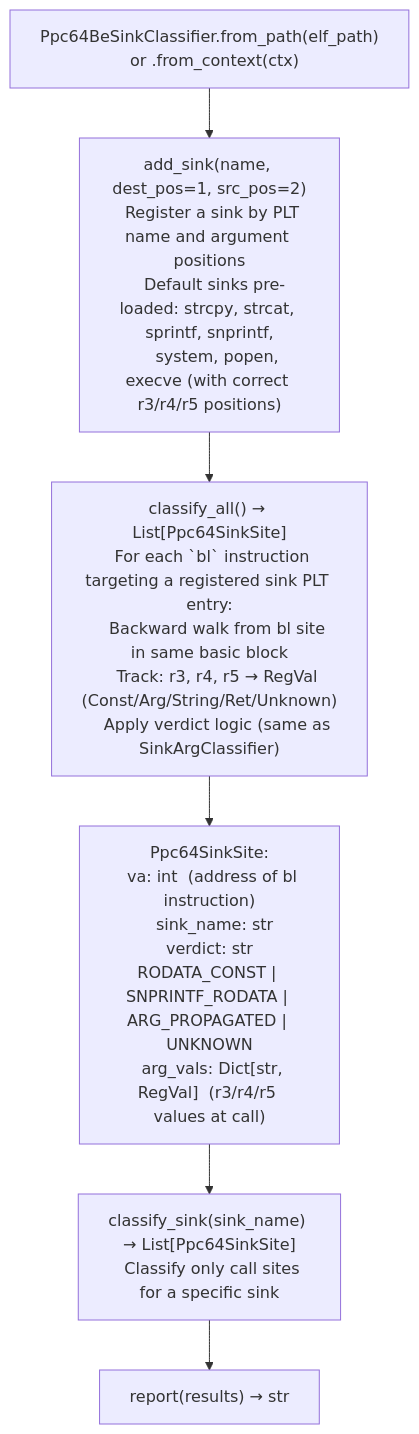
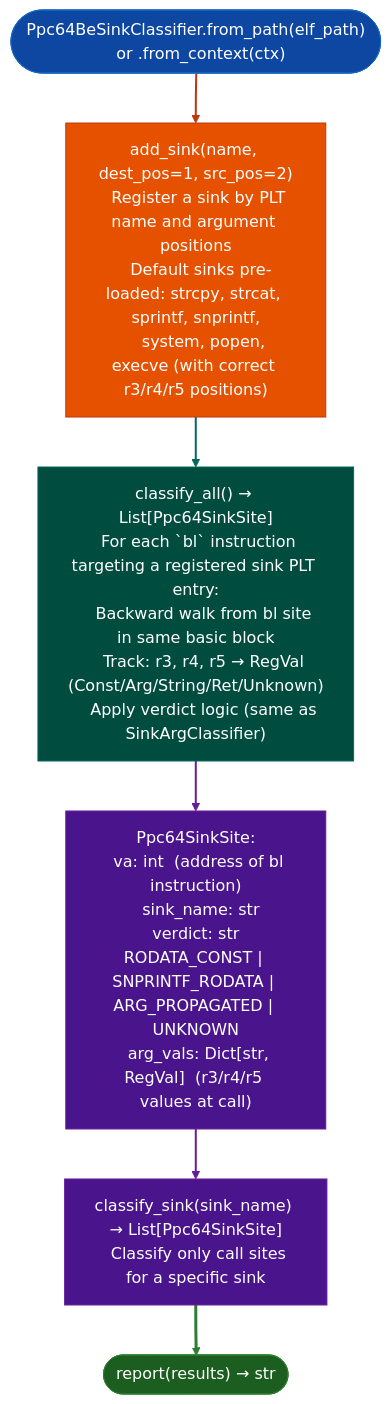
The diagram in docs/reference-modules/ppc64-be-sink-classification.md (Ablation-Tool/ablation), drawn with Mermaid before and after one commit. The commit also changed 320 other files, not shown here.

First line of the commit message:
docs: apply canonical Mermaid template to all 321 diagrams

````diff
--- a/docs/reference-modules/ppc64-be-sink-classification.md
+++ b/docs/reference-modules/ppc64-be-sink-classification.md
@@ -19,8 +19,19 @@
 ```mermaid
 flowchart TD
-    A["Ppc64BeSinkClassifier.from_path(elf_path)\n  or .from_context(ctx)"] --> B["add_sink(name, dest_pos=1, src_pos=2)\n  Register a sink by PLT name and argument positions\n  Default sinks pre-loaded: strcpy, strcat, sprintf, snprintf,\n    system, popen, execve (with correct r3/r4/r5 positions)"]
-    B --> C["classify_all() → List[Ppc64SinkSite]\n  For each `bl` instruction targeting a registered sink PLT entry:\n    Backward walk from bl site in same basic block\n    Track: r3, r4, r5 → RegVal (Const/Arg/String/Ret/Unknown)\n    Apply verdict logic (same as SinkArgClassifier)"]
-    C --> D["Ppc64SinkSite:\n  va: int  (address of bl instruction)\n  sink_name: str\n  verdict: str  RODATA_CONST | SNPRINTF_RODATA | ARG_PROPAGATED | UNKNOWN\n  arg_vals: Dict[str, RegVal]  (r3/r4/r5 values at call)"]
-    D --> E["classify_sink(sink_name) → List[Ppc64SinkSite]\n  Classify only call sites for a specific sink"]
-    E --> F["report(results) → str"]
+    A(["Ppc64BeSinkClassifier.from_path(elf_path)\n  or .from_context(ctx)"]):::input --> B["add_sink(name, dest_pos=1, src_pos=2)\n  Register a sink by PLT name and argument positions\n  Default sinks pre-loaded: strcpy, strcat, sprintf, snprintf,\n    system, popen, execve (with correct r3/r4/r5 positions)"]:::primary
+    B:::primary --> C["classify_all() → List[Ppc64SinkSite]\n  For each `bl` instruction targeting a registered sink PLT entry:\n    Backward walk from bl site in same basic block\n    Track: r3, r4, r5 → RegVal (Const/Arg/String/Ret/Unknown)\n    Apply verdict logic (same as SinkArgClassifier)"]:::secondary
+    C:::secondary --> D["Ppc64SinkSite:\n  va: int  (address of bl instruction)\n  sink_name: str\n  verdict: str  RODATA_CONST | SNPRINTF_RODATA | ARG_PROPAGATED | UNKNOWN\n  arg_vals: Dict[str, RegVal]  (r3/r4/r5 values at call)"]:::tertiary
+    D:::tertiary --> E["classify_sink(sink_name) → List[Ppc64SinkSite]\n  Classify only call sites for a specific sink"]:::tertiary
+    E:::tertiary --> F(["report(results) → str"]):::output
+    classDef input     fill:#0d47a1,stroke:#1565c0,color:#fff
+    classDef primary   fill:#e65100,stroke:#bf360c,color:#fff
+    classDef secondary fill:#004d40,stroke:#00695c,color:#fff
+    classDef tertiary  fill:#4a148c,stroke:#6a1b9a,color:#fff
+    classDef neutral   fill:#37474f,stroke:#546e7a,color:#fff
+    classDef output    fill:#1b5e20,stroke:#2e7d32,color:#fff
+    linkStyle 0 stroke:#bf360c,stroke-width:2px
+    linkStyle 1 stroke:#00695c,stroke-width:2px
+    linkStyle 2 stroke:#6a1b9a,stroke-width:2px
+    linkStyle 3 stroke:#6a1b9a,stroke-width:2px
+    linkStyle 4 stroke:#2e7d32,stroke-width:3px
 ```
````
